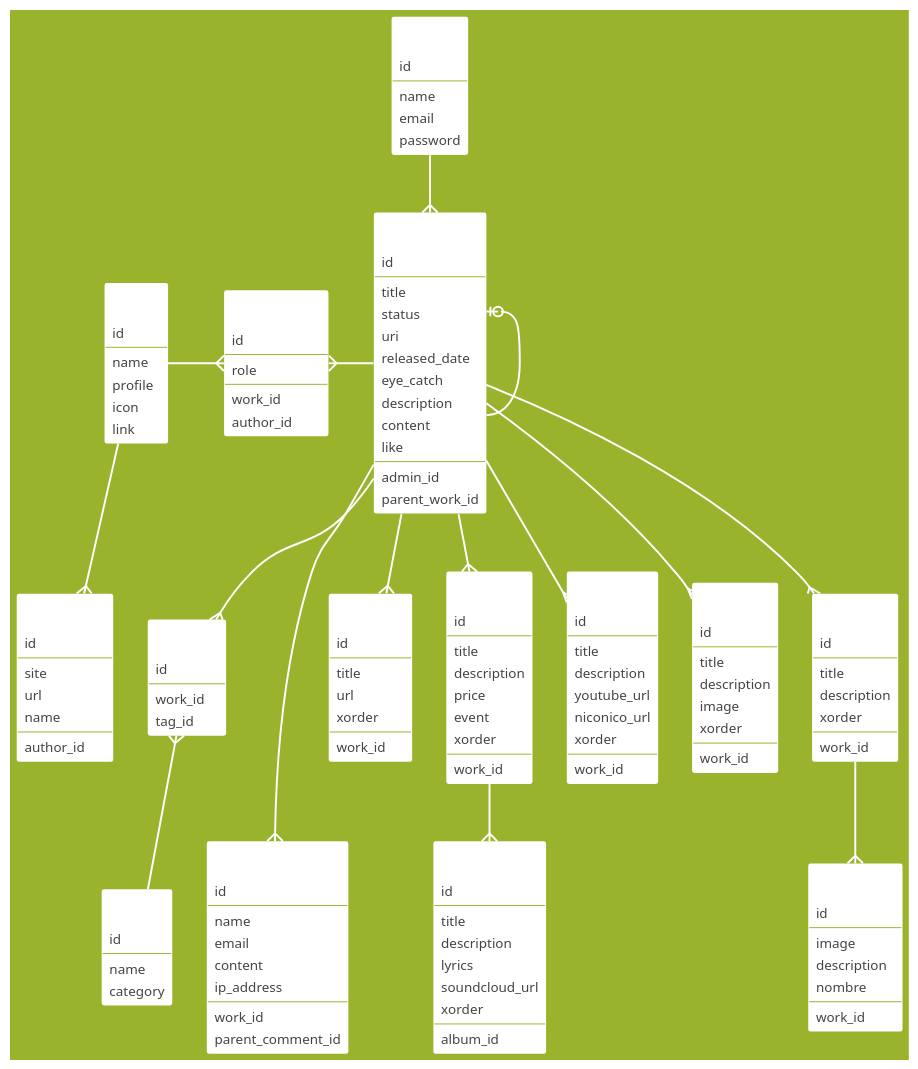
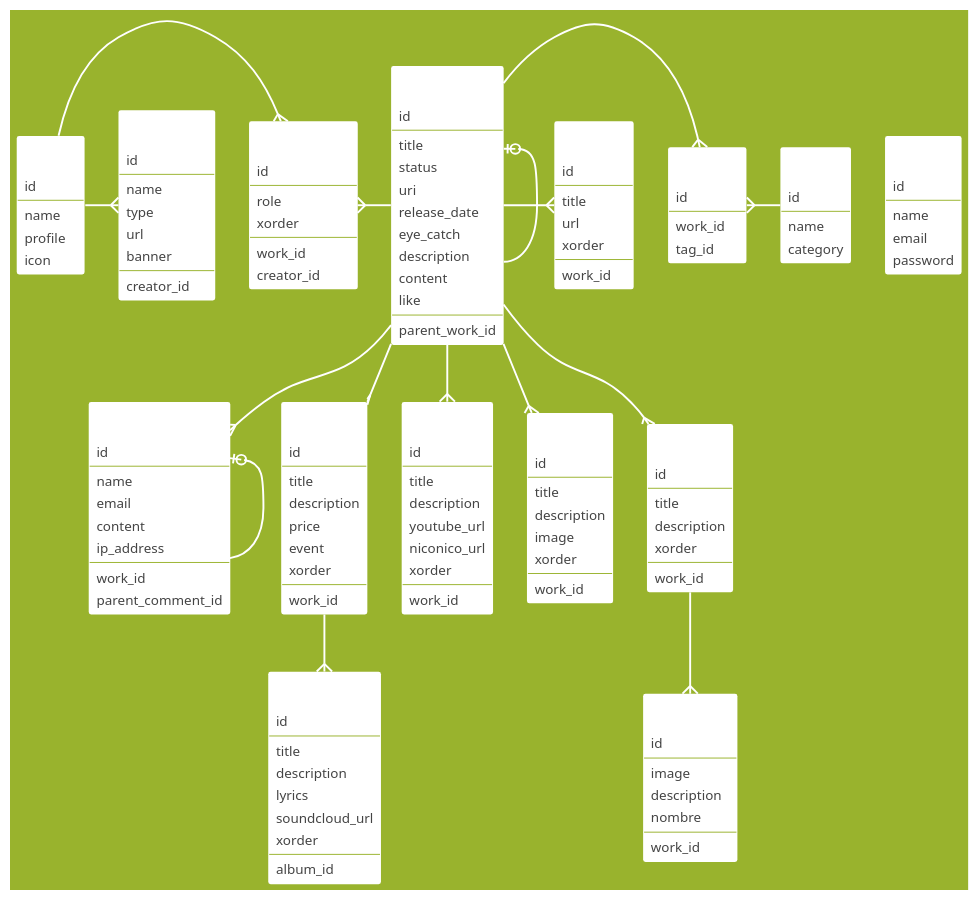
Before and after one commit to comorebi-notes/yorozuya: the diagram in documents/erd.puml, drawn with PlantUML. The commit also changed 1 other file, not shown here.

Commit message:
modify ERD

```diff
--- a/documents/erd.puml
+++ b/documents/erd.puml
@@ -1,195 +1,195 @@
 @startuml
 
 hide circle
 
 skinparam Shadowing false
 skinparam DefaultFontName "Ricty Diminished"
 skinparam DefaultFontSize 14
 skinparam DefaultFontStyle bold
 skinparam classFontSize 16
 skinparam classFontStyle bold
 skinparam ArrowColor white
 skinparam ArrowThickness 2
 skinparam Padding 2
 skinparam ClassBorderThickness 0
 
 skinparam DefaultFontColor #444
 skinparam BackgroundColor #99b32d
 skinparam ClassBorderColor #99b32d
 skinparam ClassHeaderBackgroundColor #c46
 skinparam ClassBackgroundColor #fff
 skinparam StereotypeCBackgroundColor #fff
 skinparam classFontColor #fff
 
 entity Admin {
   id
   --
   name
   email
   password
 }
 
 entity Work {
   id
   --
   title
   status
   uri
-  released_date
+  release_date
   eye_catch
   description
   content
   like
   --
-  admin_id
   parent_work_id
 }
 
 entity Tag {
   id
   --
   name
   category
 }
 
 entity WorkTag {
   id
   --
   work_id
   tag_id
 }
 
 entity Comment {
   id
   --
   name
   email
   content
   ip_address
   --
   work_id
   parent_comment_id
 }
 
-entity WorkLink {
+entity WorkSite {
   id
   --
   title
   url
   xorder
   --
   work_id
 }
 
 entity Album {
   id
   --
   title
   description
   price
   event
   xorder
   --
   work_id
 }
 
 entity Music {
   id
   --
   title
   description
   lyrics
   soundcloud_url
   xorder
   --
   album_id
 }
 
 entity Movie {
   id
   --
   title
   description
   youtube_url
   niconico_url
   xorder
   --
   work_id
 }
 
 entity Artwork {
   id
   --
   title
   description
   image
   xorder
   --
   work_id
 }
 
 entity Comic {
   id
   --
   title
   description
   xorder
   --
   work_id
 }
 
 entity ComicPage {
   id
   --
   image
   description
   nombre
   --
   work_id
 }
 
-entity WorkAuthor {
+entity WorkCreator {
   id
   --
   role
+  xorder
   --
   work_id
-  author_id
+  creator_id
 }
 
-entity Author {
+entity Creator {
   id
   --
   name
   profile
   icon
-  link
 }
 
-entity AuthorLink {
+entity CreatorSite {
   id
   --
-  site
+  name
+  type
   url
-  name
+  banner
   --
-  author_id
+  creator_id
 }
 
-Admin --{ Work
-Work --{ WorkTag
-WorkTag }-- Tag
-Work ---{ Comment
-Work --{ WorkLink
+Work -{ WorkTag
+WorkTag }- Tag
+Work --{ Comment
+Comment |o- Comment
+Work -{ WorkSite
 Work --{ Album
 Album --{ Music
 Work --{ Artwork
 Work --{ Movie
 Work --{ Comic
 Comic --{ ComicPage
-Author -{ WorkAuthor
-WorkAuthor }- Work
-Author --{ AuthorLink
+Creator -{ WorkCreator
+WorkCreator }- Work
+Creator -{ CreatorSite
 Work |o- Work
 
 @enduml
```
